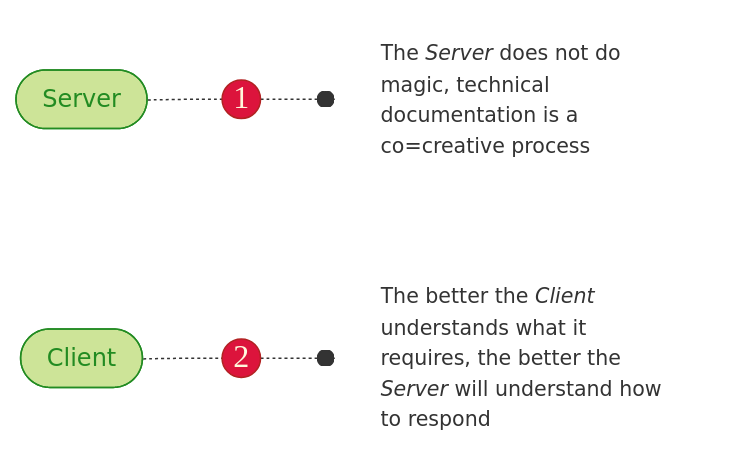
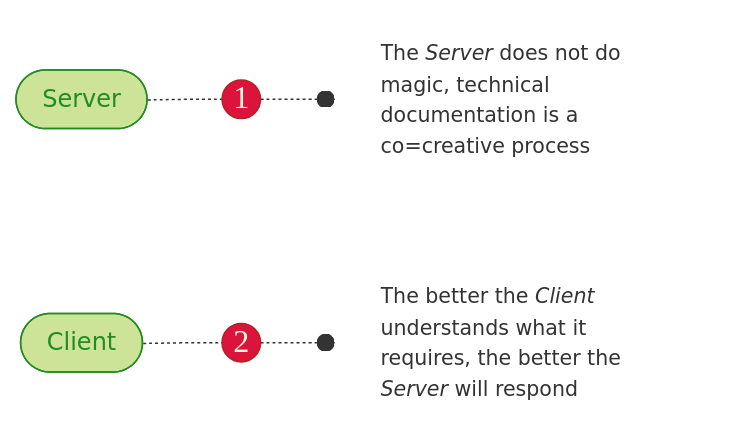
Before and after one commit to joe-dorward/samples: the diagram in contract.md, drawn with Mermaid.

````diff
--- a/contract.md
+++ b/contract.md
@@ -7,35 +7,34 @@
 ```mermaid
 flowchart LR
 
   %% define styles
   classDef User fill:#cde498, stroke:forestgreen, color:forestgreen;
   classDef Number fill:crimson, color:cornsilk, stroke:firebrick, font-family:verdana, font-size:16pt, padding:10px;
   classDef Button fill:green, color:white;
   classDef Note fill:transparent, stroke:white, text-align:left, font-size: 95%;
 
   classDef Backend fill:mediumseagreen, stroke:white, color:honeydew;
   classDef Entity fill:lightcyan, stroke:royalblue, color:royalblue;
   
   %% ---------- ---------- ---------- ---------- ---------- ---------- ---------- ---------- ---------- ----------
   1(("1")):::Number
   SERVER_01([&nbsp;Server&nbsp;]):::User
-  %%SERVER_01_NOTE["The <i>Server</i> does not do magic<br/>Documentation is a co=creative process<br/>Sub-optimal input results in sub-optimal output"]:::Note
   SERVER_01_NOTE["The <i>Server</i> does not do magic, technical documentation is a co=creative process"]:::Note
 
   SERVER_01-.-
   1-.-o
   SERVER_01_NOTE
 
   %%SUB_OPTIMAL_INPUT["Input<br/>(sub-optimal)"]:::Entity
   %%SUB_OPTIMAL_INPUT-->SERVER_01
   %%SERVER_01<--SUB_OPTIMAL_INPUT
 
   %% ---------- ---------- ---------- ---------- ---------- ---------- ---------- ---------- ---------- ----------
   2(("2")):::Number
   CLIENT_01([&nbsp;Client&nbsp;]):::User
-  CLIENT_01_NOTE["The better the <i>Client</i> understands what it requires, the better the <i>Server</i> will understand how to respond"]:::Note
+  CLIENT_01_NOTE["The better the <i>Client</i> understands what it requires, the better the <i>Server</i> will respond"]:::Note
 
   CLIENT_01-.-
   2-.-o
   CLIENT_01_NOTE
 ```
````
